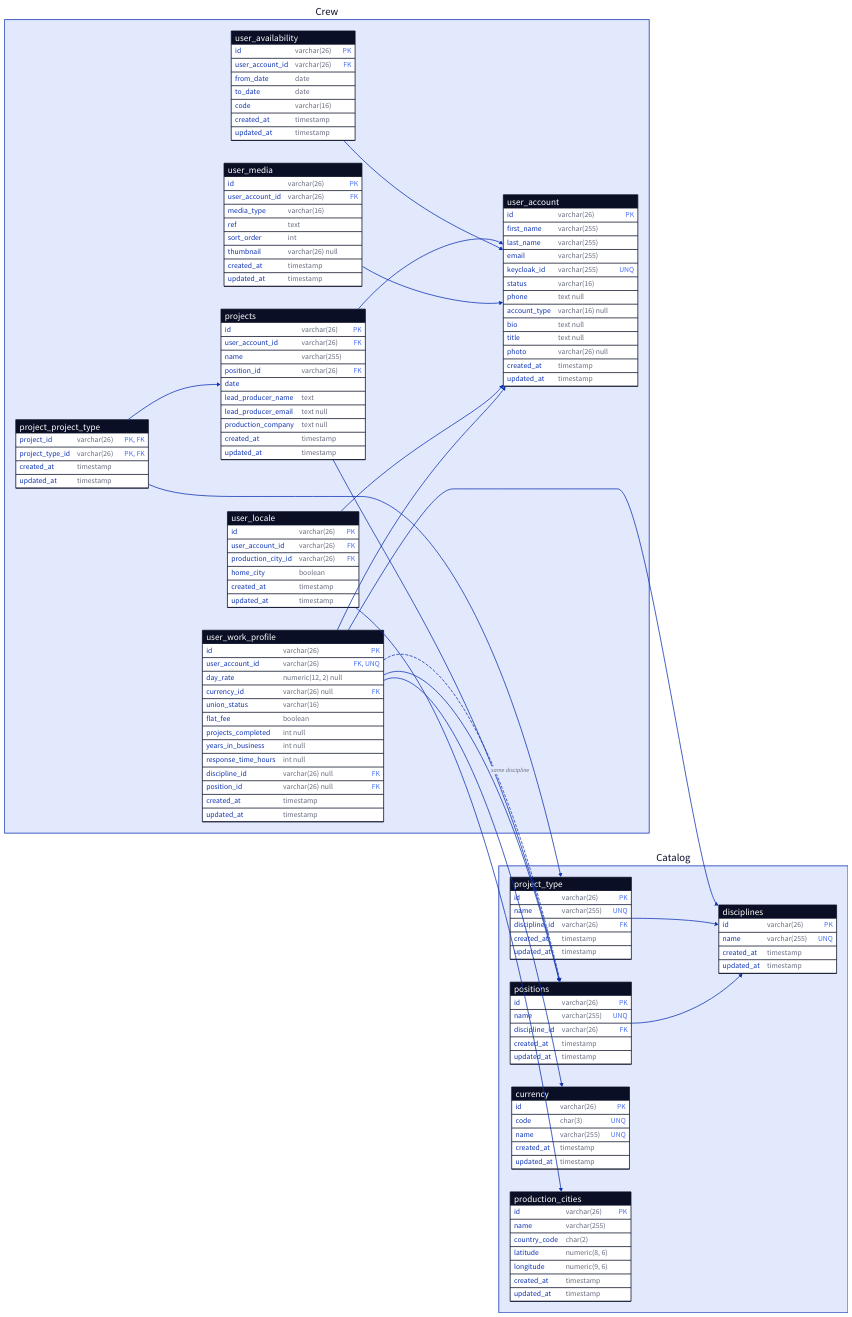
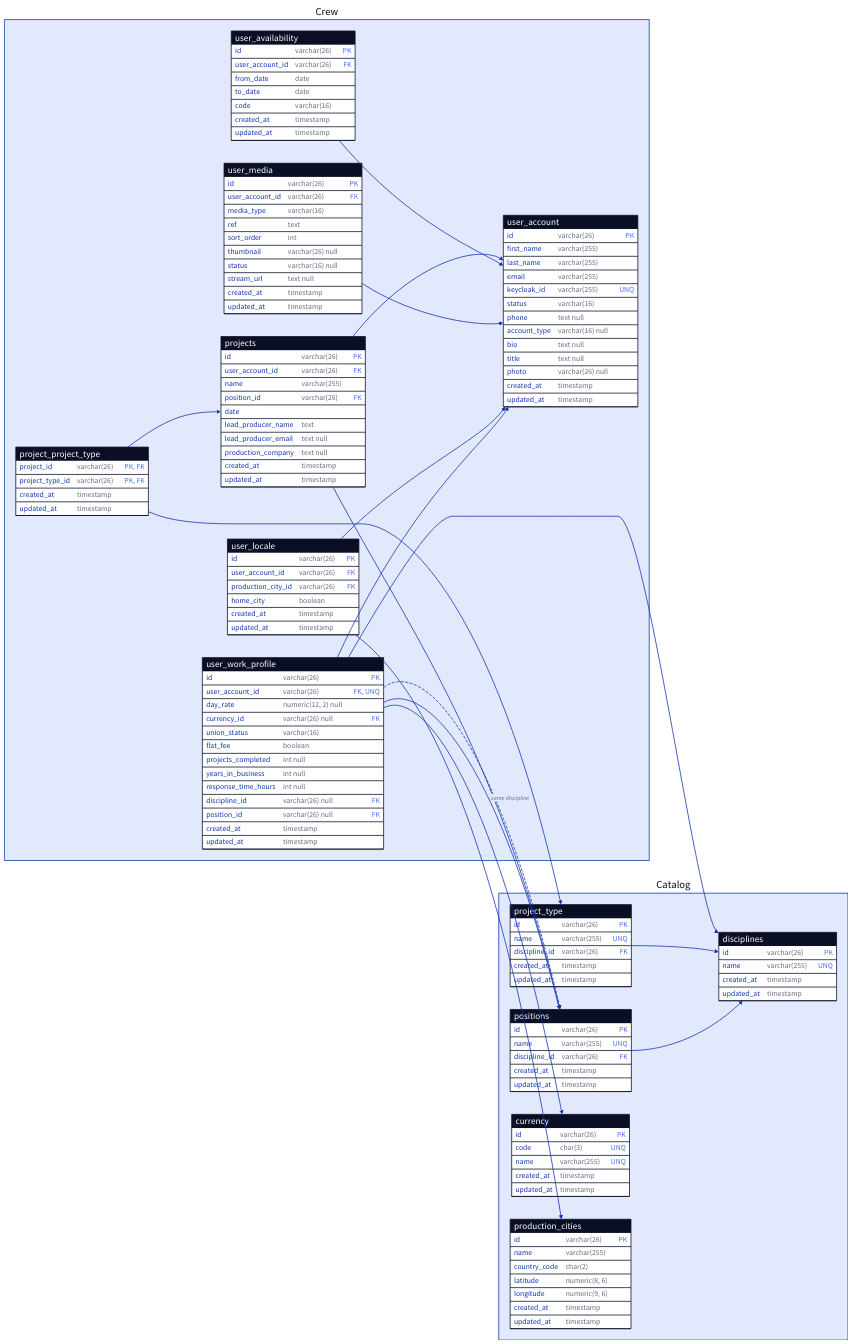
The diagram in docs/entities.d2 (sugarhi-dev/sugarcube), drawn with D2 before and after one commit. The commit also changed 39 other files, not shown here.

Commit message:
feat: user profile flow with new theme

```diff
--- a/docs/entities.d2
+++ b/docs/entities.d2
@@ -1,164 +1,166 @@
 # Live public schema of database sugarcube.
 # The migration ledger is omitted; it has no foreign keys to these tables.
 
 direction: right
 
 catalog: Catalog {
   disciplines: {
     shape: sql_table
     id: "varchar(26)" {constraint: primary_key}
     name: "varchar(255)" {constraint: unique}
     created_at: timestamp
     updated_at: timestamp
   }
 
   positions: {
     shape: sql_table
     id: "varchar(26)" {constraint: primary_key}
     name: "varchar(255)" {constraint: unique}
     discipline_id: "varchar(26)" {constraint: foreign_key}
     created_at: timestamp
     updated_at: timestamp
   }
 
   project_type: {
     shape: sql_table
     id: "varchar(26)" {constraint: primary_key}
     name: "varchar(255)" {constraint: unique}
     discipline_id: "varchar(26)" {constraint: foreign_key}
     created_at: timestamp
     updated_at: timestamp
   }
 
   currency: {
     shape: sql_table
     id: "varchar(26)" {constraint: primary_key}
     code: "char(3)" {constraint: unique}
     name: "varchar(255)" {constraint: unique}
     created_at: timestamp
     updated_at: timestamp
   }
 
   production_cities: {
     shape: sql_table
     id: "varchar(26)" {constraint: primary_key}
     name: "varchar(255)"
     country_code: "char(2)"
     latitude: "numeric(8, 6)"
     longitude: "numeric(9, 6)"
     created_at: timestamp
     updated_at: timestamp
   }
 }
 
 crew: Crew {
   user_account: {
     shape: sql_table
     id: "varchar(26)" {constraint: primary_key}
     first_name: "varchar(255)"
     last_name: "varchar(255)"
     email: "varchar(255)"
     keycloak_id: "varchar(255)" {constraint: unique}
     status: "varchar(16)"
     phone: "text null"
     account_type: "varchar(16) null"
     bio: "text null"
     title: "text null"
     photo: "varchar(26) null"
     created_at: timestamp
     updated_at: timestamp
   }
 
   user_work_profile: {
     shape: sql_table
     id: "varchar(26)" {constraint: primary_key}
     user_account_id: "varchar(26)" {constraint: [foreign_key; unique]}
     day_rate: "numeric(12, 2) null"
     currency_id: "varchar(26) null" {constraint: foreign_key}
     union_status: "varchar(16)"
     flat_fee: boolean
     projects_completed: "int null"
     years_in_business: "int null"
     response_time_hours: "int null"
     discipline_id: "varchar(26) null" {constraint: foreign_key}
     position_id: "varchar(26) null" {constraint: foreign_key}
     created_at: timestamp
     updated_at: timestamp
   }
 
   user_locale: {
     shape: sql_table
     id: "varchar(26)" {constraint: primary_key}
     user_account_id: "varchar(26)" {constraint: foreign_key}
     production_city_id: "varchar(26)" {constraint: foreign_key}
     home_city: boolean
     created_at: timestamp
     updated_at: timestamp
   }
 
   user_media: {
     shape: sql_table
     id: "varchar(26)" {constraint: primary_key}
     user_account_id: "varchar(26)" {constraint: foreign_key}
     media_type: "varchar(16)"
     ref: text
     sort_order: int
     thumbnail: "varchar(26) null"
+    status: "varchar(16) null"
+    stream_url: "text null"
     created_at: timestamp
     updated_at: timestamp
   }
 
   user_availability: {
     shape: sql_table
     id: "varchar(26)" {constraint: primary_key}
     user_account_id: "varchar(26)" {constraint: foreign_key}
     from_date: date
     to_date: date
     code: "varchar(16)"
     created_at: timestamp
     updated_at: timestamp
   }
 
   projects: {
     shape: sql_table
     id: "varchar(26)" {constraint: primary_key}
     user_account_id: "varchar(26)" {constraint: foreign_key}
     name: "varchar(255)"
     position_id: "varchar(26)" {constraint: foreign_key}
     date: date
     lead_producer_name: text
     lead_producer_email: "text null"
     production_company: "text null"
     created_at: timestamp
     updated_at: timestamp
   }
 
   project_project_type: {
     shape: sql_table
     project_id: "varchar(26)" {constraint: [primary_key; foreign_key]}
     project_type_id: "varchar(26)" {constraint: [primary_key; foreign_key]}
     created_at: timestamp
     updated_at: timestamp
   }
 }
 
 catalog.positions.discipline_id -> catalog.disciplines.id
 catalog.project_type.discipline_id -> catalog.disciplines.id
 
 crew.user_work_profile.user_account_id -> crew.user_account.id
 crew.user_work_profile.currency_id -> catalog.currency.id
 crew.user_work_profile.discipline_id -> catalog.disciplines.id
 crew.user_work_profile.position_id -> catalog.positions.id
 crew.user_locale.user_account_id -> crew.user_account.id
 crew.user_locale.production_city_id -> catalog.production_cities.id
 crew.user_media.user_account_id -> crew.user_account.id
 crew.user_availability.user_account_id -> crew.user_account.id
 crew.projects.user_account_id -> crew.user_account.id
 crew.projects.position_id -> catalog.positions.id
 crew.project_project_type.project_id -> crew.projects.id
 crew.project_project_type.project_type_id -> catalog.project_type.id
 
 # user_work_profile (position_id, discipline_id) -> positions (id, discipline_id)
 crew.user_work_profile.discipline_id -> catalog.positions.discipline_id: same discipline {
   style.stroke-dash: 3
 }
```
